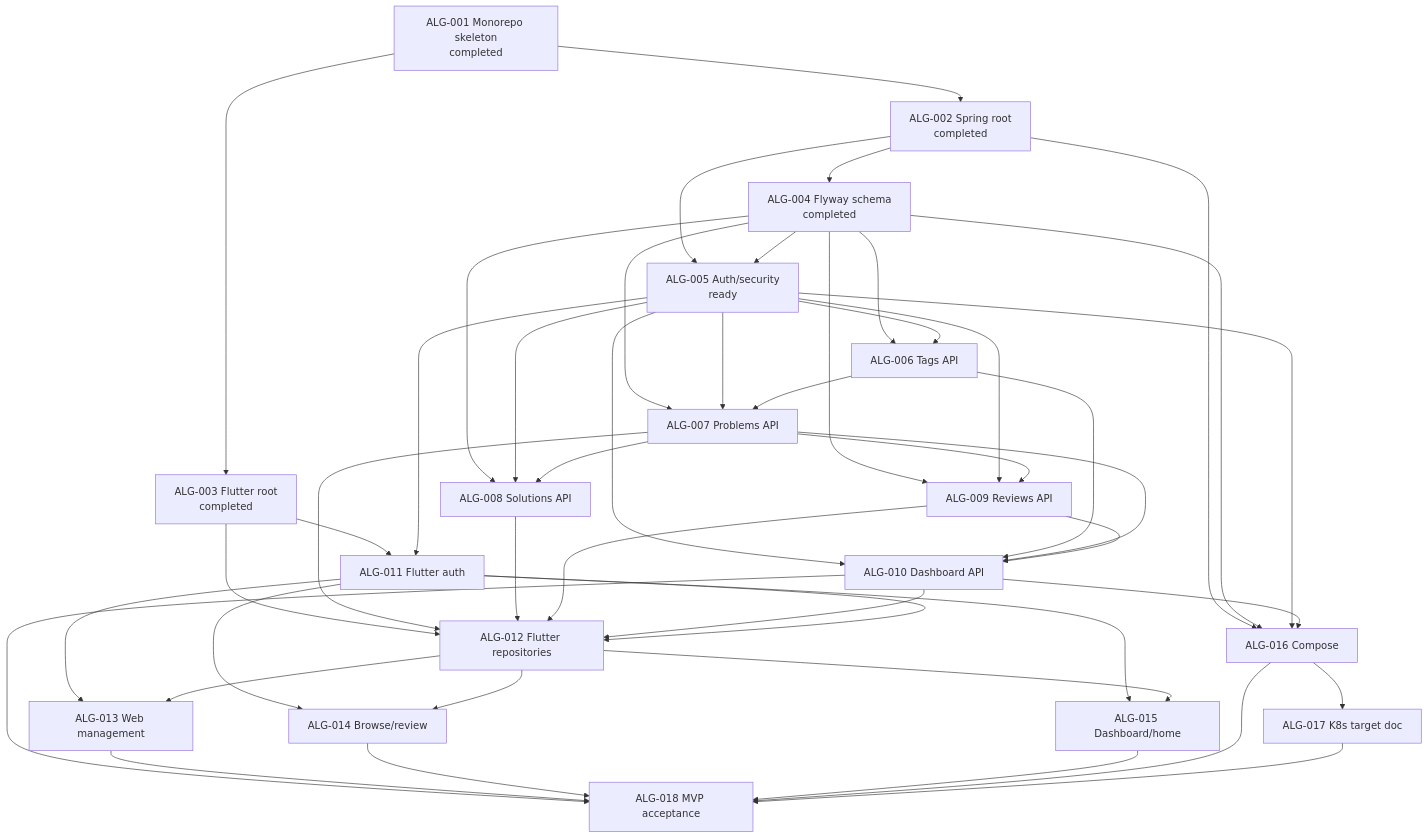
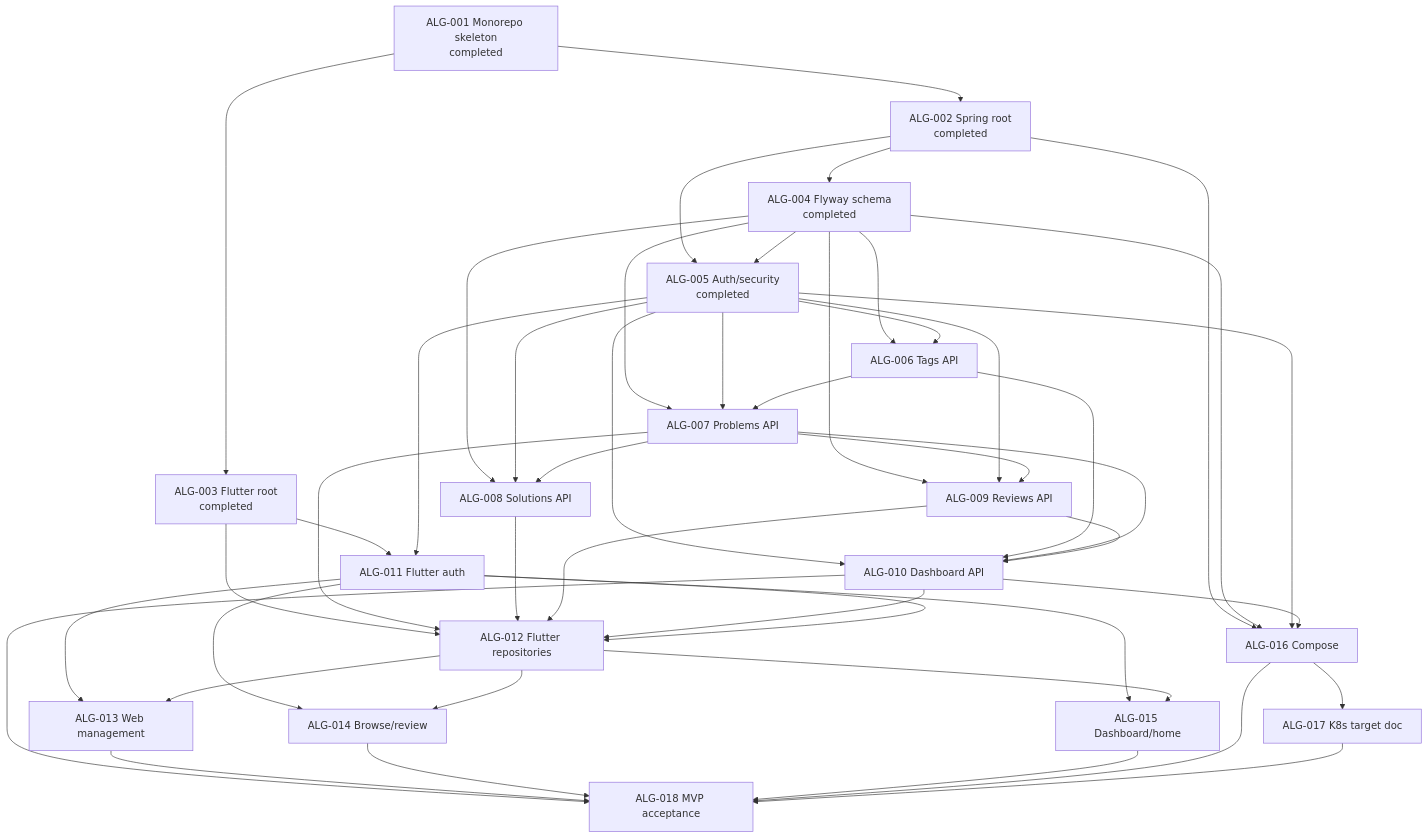
The diagram in agent-workflow/WORK_GRAPH.md (allenljf/algorithm-learning), drawn with Mermaid before and after one commit. The commit also changed 38 other files, not shown here.

````diff
--- a/agent-workflow/WORK_GRAPH.md
+++ b/agent-workflow/WORK_GRAPH.md
@@ -3,67 +3,67 @@
 ```mermaid
 flowchart TD
   T1[ALG-001 Monorepo skeleton\ncompleted]
   T2[ALG-002 Spring root\ncompleted]
   T3[ALG-003 Flutter root\ncompleted]
   T4[ALG-004 Flyway schema\ncompleted]
-  T5[ALG-005 Auth/security\nready]
+  T5[ALG-005 Auth/security\ncompleted]
   T6[ALG-006 Tags API]
   T7[ALG-007 Problems API]
   T8[ALG-008 Solutions API]
   T9[ALG-009 Reviews API]
   T10[ALG-010 Dashboard API]
   T11[ALG-011 Flutter auth]
   T12[ALG-012 Flutter repositories]
   T13[ALG-013 Web management]
   T14[ALG-014 Browse/review]
   T15[ALG-015 Dashboard/home]
   T16[ALG-016 Compose]
   T17[ALG-017 K8s target doc]
   T18[ALG-018 MVP acceptance]
 
   T1 --> T2
   T1 --> T3
   T2 --> T4
   T2 --> T5
   T4 --> T5
   T4 --> T6
   T5 --> T6
   T4 --> T7
   T5 --> T7
   T6 --> T7
   T4 --> T8
   T5 --> T8
   T7 --> T8
   T4 --> T9
   T5 --> T9
   T7 --> T9
   T5 --> T10
   T6 --> T10
   T7 --> T10
   T9 --> T10
   T3 --> T11
   T5 --> T11
   T3 --> T12
   T7 --> T12
   T8 --> T12
   T9 --> T12
   T10 --> T12
   T11 --> T12
   T11 --> T13
   T12 --> T13
   T11 --> T14
   T12 --> T14
   T11 --> T15
   T12 --> T15
   T2 --> T16
   T4 --> T16
   T5 --> T16
   T10 --> T16
   T16 --> T17
   T10 --> T18
   T13 --> T18
   T14 --> T18
   T15 --> T18
   T16 --> T18
   T17 --> T18
 ```
````
